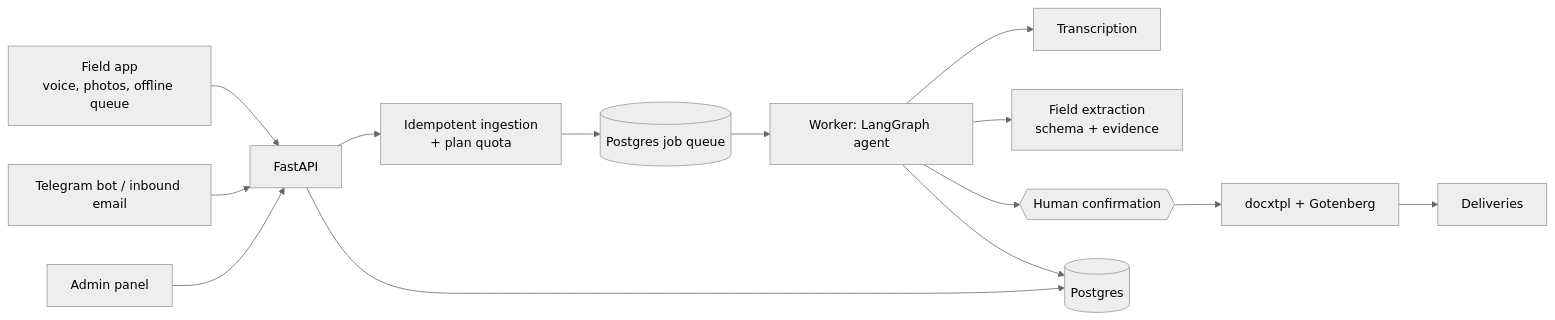
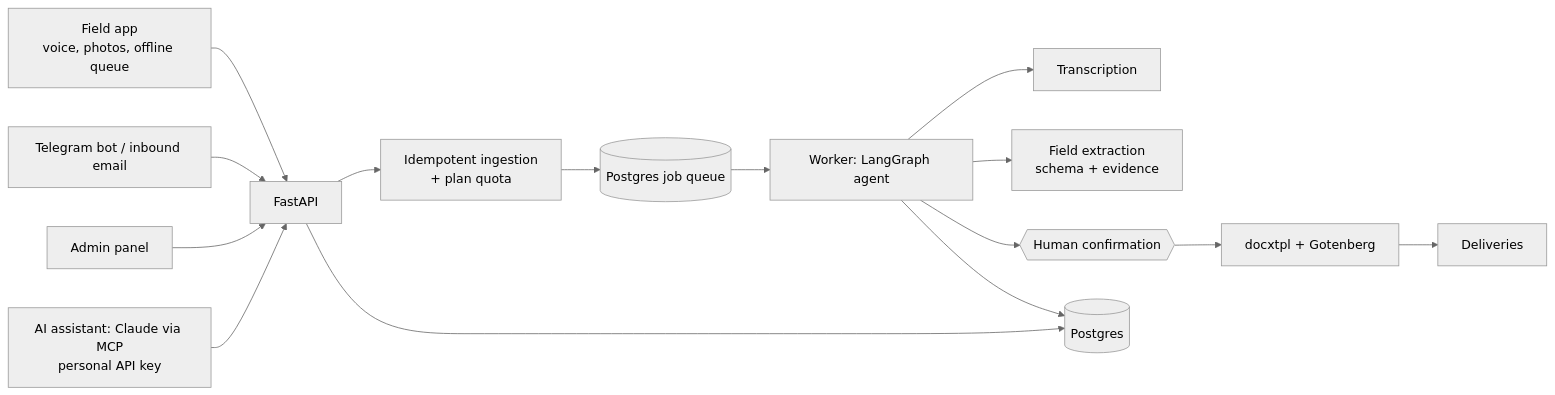
One commit to avaazquezz/ReportAI changed the diagram in README.md. Above: the diagram before and after it, drawn with Mermaid (neutral theme). The commit also changed other lines of this file and 1 other file, not shown here.

Commit message:
docs: describe the MCP server in the README and the install guide

````diff
--- a/README.md
+++ b/README.md
@@ -33,16 +33,17 @@
 ```mermaid
 flowchart LR
     App[Field app<br/>voice, photos, offline queue] --> API[FastAPI]
     Conn[Telegram bot / inbound email] --> API
     Panel[Admin panel] --> API
+    MCP[AI assistant: Claude via MCP<br/>personal API key] --> API
     API --> In[Idempotent ingestion<br/>+ plan quota]
     In --> Q[(Postgres job queue)]
     Q --> W[Worker: LangGraph agent]
     W --> T[Transcription]
     W --> X[Field extraction<br/>schema + evidence]
     W --> H{{Human confirmation}}
     H --> R[docxtpl + Gotenberg]
     R --> D[Deliveries]
     API --> DB[(Postgres)]
     W --> DB
 ```
````
